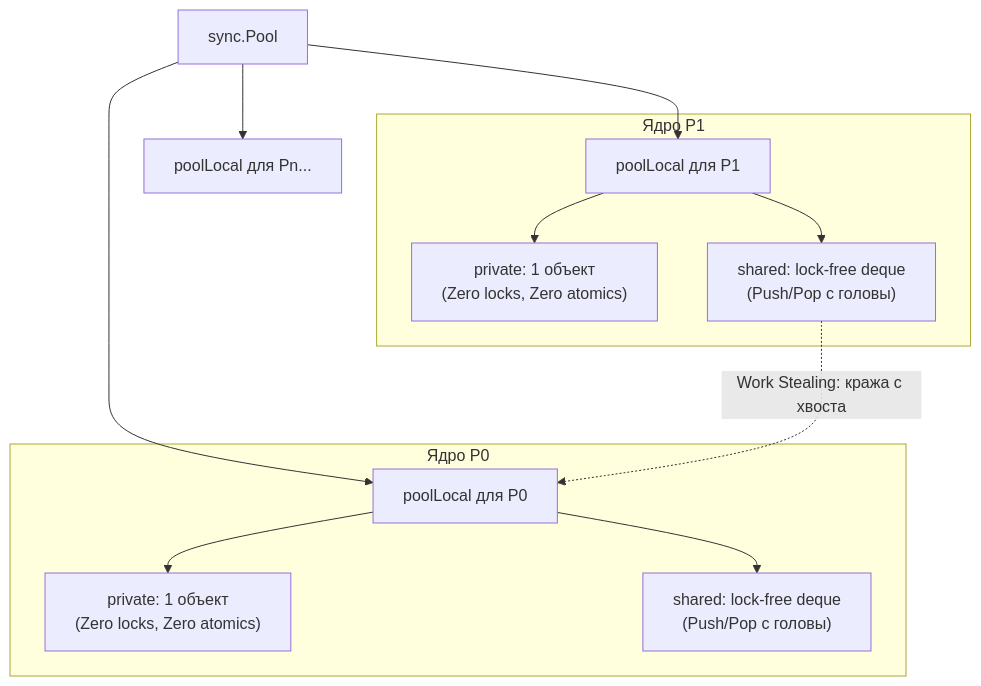
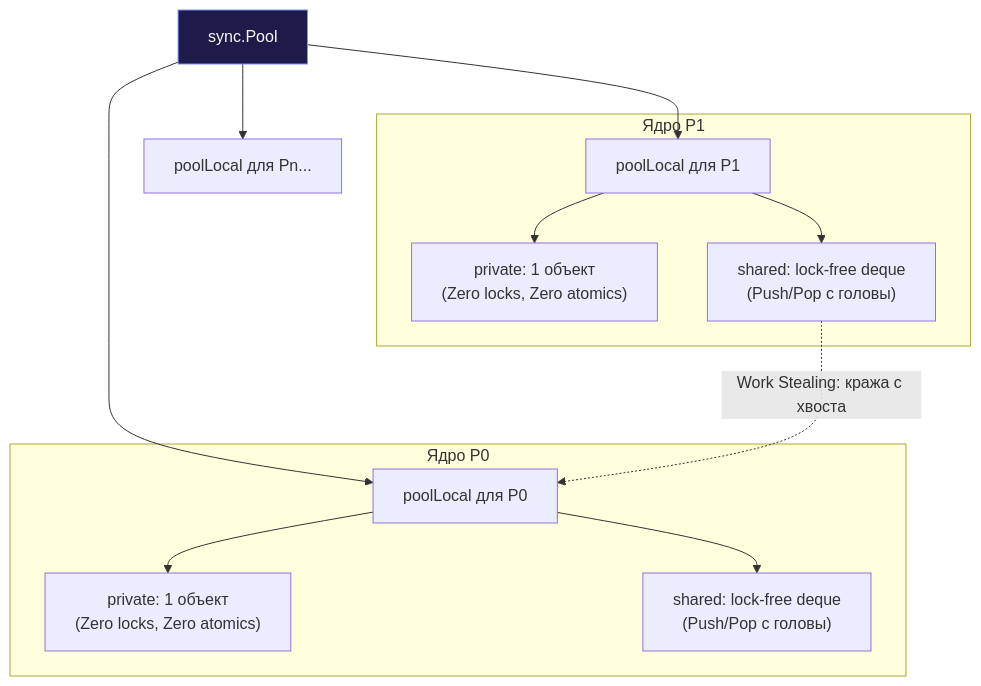
Before and after one commit to UnrealTemplier/go-textbook: the first of 2 diagrams in sources/16. Профилирование, отладка и производительность/09. Практические оптимизации/2. sync Pool.md, drawn with Mermaid. The commit also changed other lines of this file and 1666 other files, not shown here.

First line of the commit message:
feat(mermaid): add semantic color classDef to 1369 colorless flowchart/graph diagrams

````diff
--- a/sources/16. Профилирование, отладка и производительность/09. Практические оптимизации/2. sync Pool.md
+++ b/sources/16. Профилирование, отладка и производительность/09. Практические оптимизации/2. sync Pool.md
@@ -64,18 +64,28 @@
 ```mermaid
 flowchart TD
-    Pool["sync.Pool"] --> P0["poolLocal для P0"]
+    classDef process  fill:#1e293b,stroke:#38bdf8,stroke-width:1px,color:#f8fafc
+    classDef success  fill:#064e3b,stroke:#34d399,stroke-width:1px,color:#f8fafc
+    classDef error    fill:#7f1d1d,stroke:#f87171,stroke-width:1px,color:#f8fafc
+    classDef warning  fill:#78350f,stroke:#fbbf24,stroke-width:1px,color:#f8fafc
+    classDef entry    fill:#1e3a5f,stroke:#38bdf8,stroke-width:2px,color:#f8fafc
+    classDef aux      fill:#334155,stroke:#64748b,stroke-width:1px,color:#f8fafc
+    classDef system   fill:#312e81,stroke:#a78bfa,stroke-width:1px,color:#f8fafc
+    classDef data     fill:#132d29,stroke:#2dd4bf,stroke-width:1px,color:#f8fafc
+    classDef network  fill:#881337,stroke:#fb7185,stroke-width:1px,color:#f8fafc
+    classDef accent   fill:#1e1b4b,stroke:#818cf8,stroke-width:1px,color:#f8fafc
+    Pool["sync.Pool"]:::accent --> P0["poolLocal для P0"]
     Pool --> P1["poolLocal для P1"]
     Pool --> PN["poolLocal для Pn..."]
     
     subgraph P0_Box ["Ядро P0"]
         P0 --> Priv0["private: 1 объект<br/>(Zero locks, Zero atomics)"]
         P0 --> Shared0["shared: lock-free deque<br/>(Push/Pop с головы)"]
     end
     
     subgraph P1_Box ["Ядро P1"]
         P1 --> Priv1["private: 1 объект<br/>(Zero locks, Zero atomics)"]
         P1 --> Shared1["shared: lock-free deque<br/>(Push/Pop с головы)"]
     end
     
     Shared1 -.->|"Work Stealing: кража с хвоста"| P0
 ```
````
